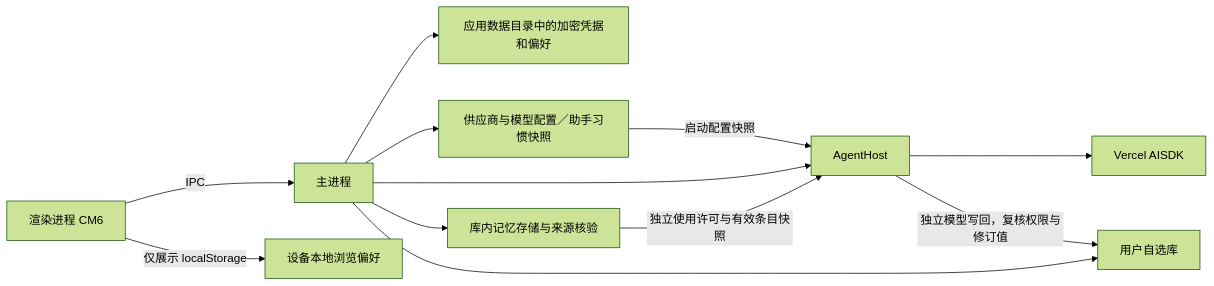
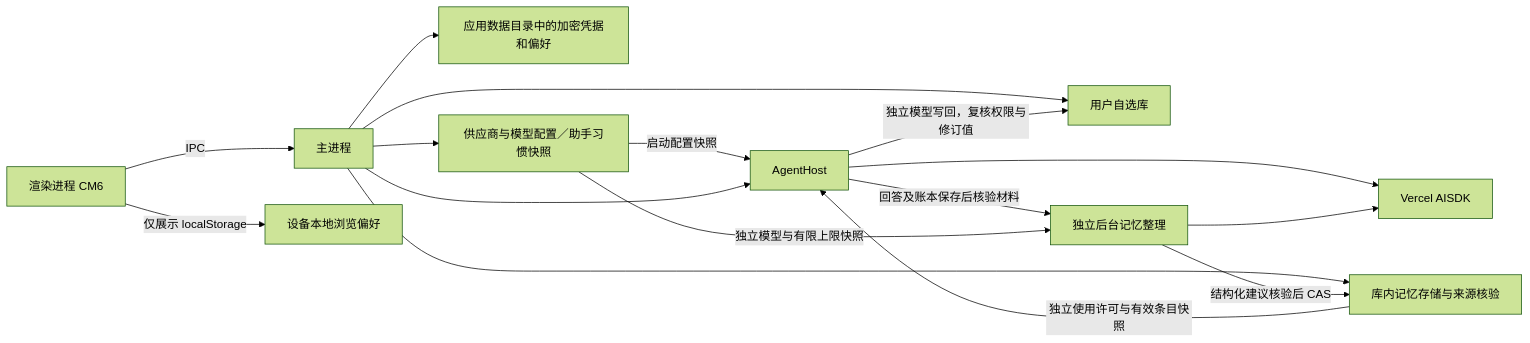
One commit to skahanium/Rgent changed the first of 2 diagrams in docs/architecture.md. Above: the diagram before and after it, drawn with Mermaid (forest theme). The commit also changed other lines of this file and 14 other files, not shown here.

````diff
--- a/docs/architecture.md
+++ b/docs/architecture.md
@@ -9,24 +9,29 @@
 ```mermaid
 flowchart LR
   Renderer[渲染进程 CM6]
   Main[主进程]
   Host[AgentHost]
   SDK[Vercel AISDK]
   Vault[用户自选库]
   Keys[应用数据目录中的加密凭据和偏好]
   Config[供应商与模型配置／助手习惯快照]
   Browse[设备本地浏览偏好]
   Memory[库内记忆存储与来源核验]
+  Consolidation[独立后台记忆整理]
 
   Renderer -->|IPC| Main
   Main --> Keys
   Main --> Config
   Config -->|启动配置快照| Host
   Renderer -->|仅展示 localStorage| Browse
   Main --> Host
   Host --> SDK
   Main --> Memory
   Memory -->|独立使用许可与有效条目快照| Host
+  Host -->|回答及账本保存后核验材料| Consolidation
+  Config -->|独立模型与有限上限快照| Consolidation
+  Consolidation --> SDK
+  Consolidation -->|结构化建议核验后 CAS| Memory
   Main --> Vault
   Host -->|独立模型写回，复核权限与修订值| Vault
 ```
````
